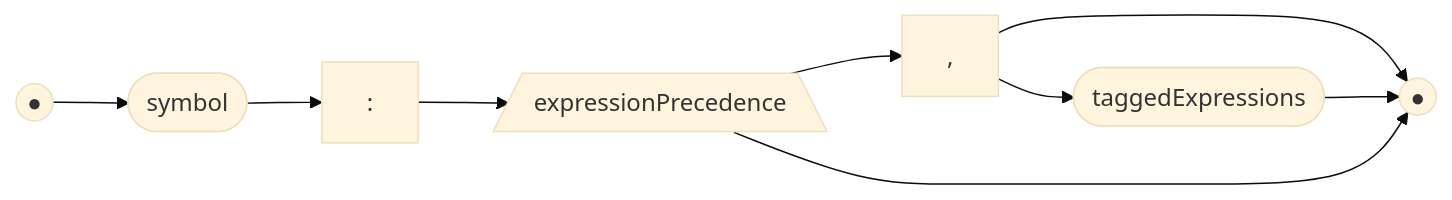
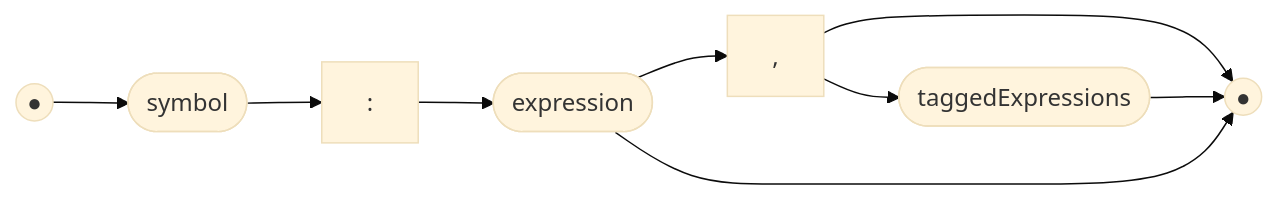
Before and after one commit to billhails/CEKF: diagram 49 of 59 in docs/railroad.md, drawn with Mermaid (base theme). The commit also changed other lines of this file and 1 other file, not shown here.

````diff
--- a/docs/railroad.md
+++ b/docs/railroad.md
@@ -687,10 +718,10 @@
 ```mermaid
 flowchart LR
 s(("●"))
 e(("●"))
-s --> symbol([symbol]) --> colon[":"] --> ep[/expressionPrecedence\]
+s --> symbol([symbol]) --> colon[":"] --> ep([expression])
 ep --> comma[","]
 comma --> e
 comma --> te([taggedExpressions]) --> e
 ep --> e
 ```
````
